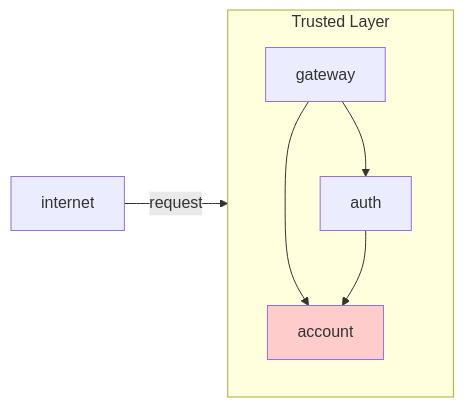
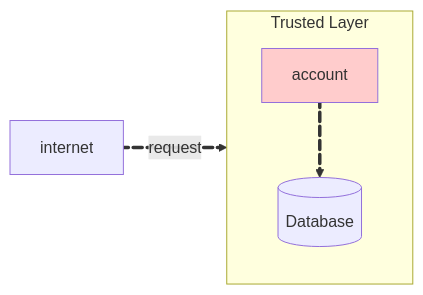
Before and after one commit to microservices-architecture-example/homepage: the second of 2 diagrams in docs/account/account.md, drawn with Mermaid. The commit also changed other lines of this file and 4 other files, not shown here.

Commit message:
account and auth md fixed

````diff
--- a/docs/account/account.md
+++ b/docs/account/account.md
@@ -5,12 +85,11 @@
-```mermaid
+``` mermaid
 flowchart LR
     subgraph api [Trusted Layer]
         direction TB
-        gateway --> auth
-        gateway --> account:::red
-        auth --> account
+        account e3@==> db@{ shape: cyl, label: "Database" }
     end
-    internet -->|request| gateway
+    internet e1@==>|request| account:::red
+    e1@{ animate: true }
+    e3@{ animate: true }
     classDef red fill:#fcc
-    click account "#account-api" "Account API"
 ```
````
